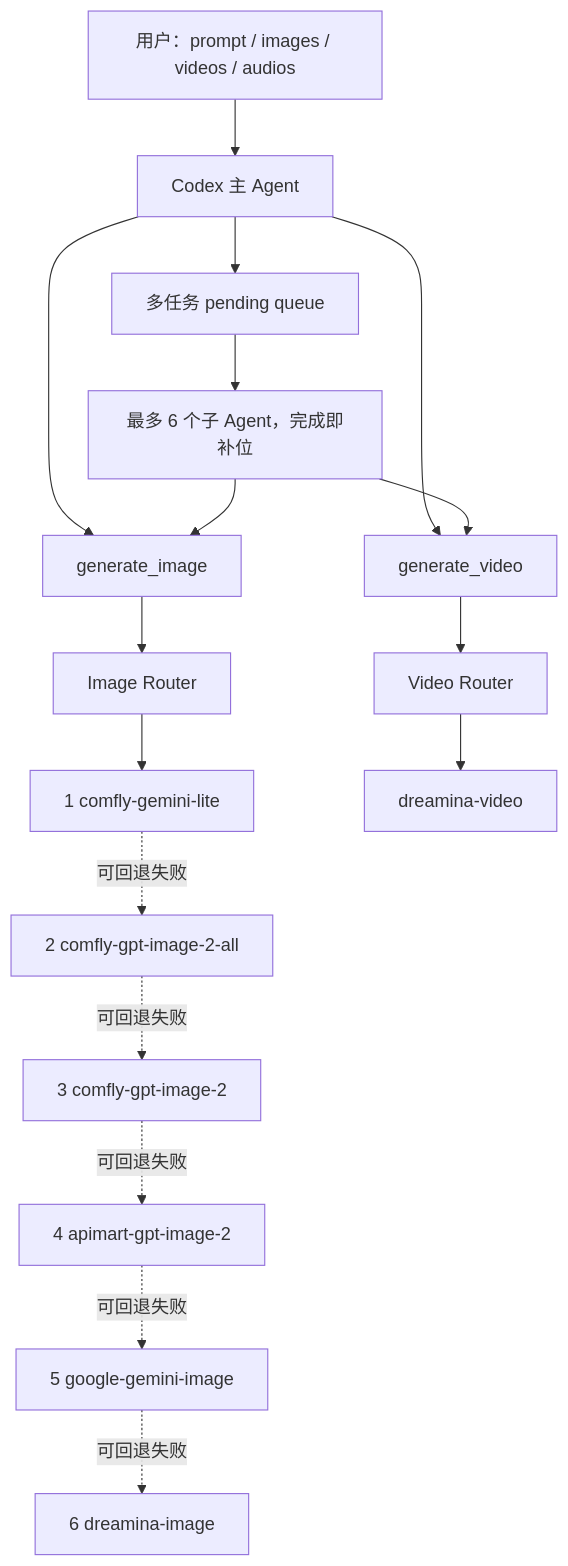
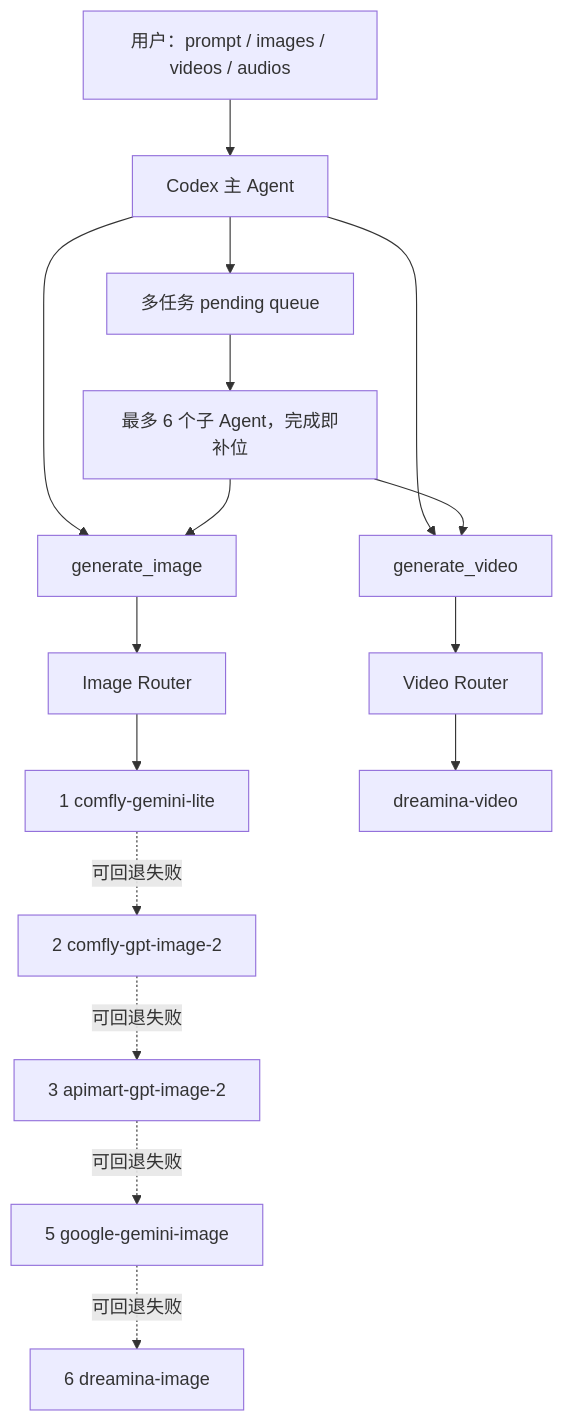
Before and after one commit to lc303300-dev/Codex_Wsstudio: the diagram in packages/Codex_image/UNIFIED_MEDIA_TOOL_REFACTOR_BLUEPRINT.md, drawn with Mermaid. The commit also changed other lines of this file and 30 other files, not shown here.

Commit message:
fix image resolution routing and Comfly GPT sizing

````diff
--- a/packages/Codex_image/UNIFIED_MEDIA_TOOL_REFACTOR_BLUEPRINT.md
+++ b/packages/Codex_image/UNIFIED_MEDIA_TOOL_REFACTOR_BLUEPRINT.md
@@ -151,22 +149,21 @@
 ```mermaid
 flowchart TD
     U["用户：prompt / images / videos / audios"] --> C["Codex 主 Agent"]
     C --> GI["generate_image"]
     C --> GV["generate_video"]
 
     GI --> IR["Image Router"]
     IR --> C1["1 comfly-gemini-lite"]
-    C1 -. "可回退失败" .-> C2["2 comfly-gpt-image-2-all"]
-    C2 -. "可回退失败" .-> C3["3 comfly-gpt-image-2"]
-    C3 -. "可回退失败" .-> A["4 apimart-gpt-image-2"]
+    C1 -. "可回退失败" .-> C2["2 comfly-gpt-image-2"]
+    C2 -. "可回退失败" .-> A["3 apimart-gpt-image-2"]
     A -. "可回退失败" .-> G["5 google-gemini-image"]
     G -. "可回退失败" .-> D["6 dreamina-image"]
 
     GV --> VR["Video Router"]
     VR --> DV["dreamina-video"]
 
     C --> Q["多任务 pending queue"]
     Q --> P["最多 6 个子 Agent，完成即补位"]
     P --> GI
     P --> GV
 ```
````
